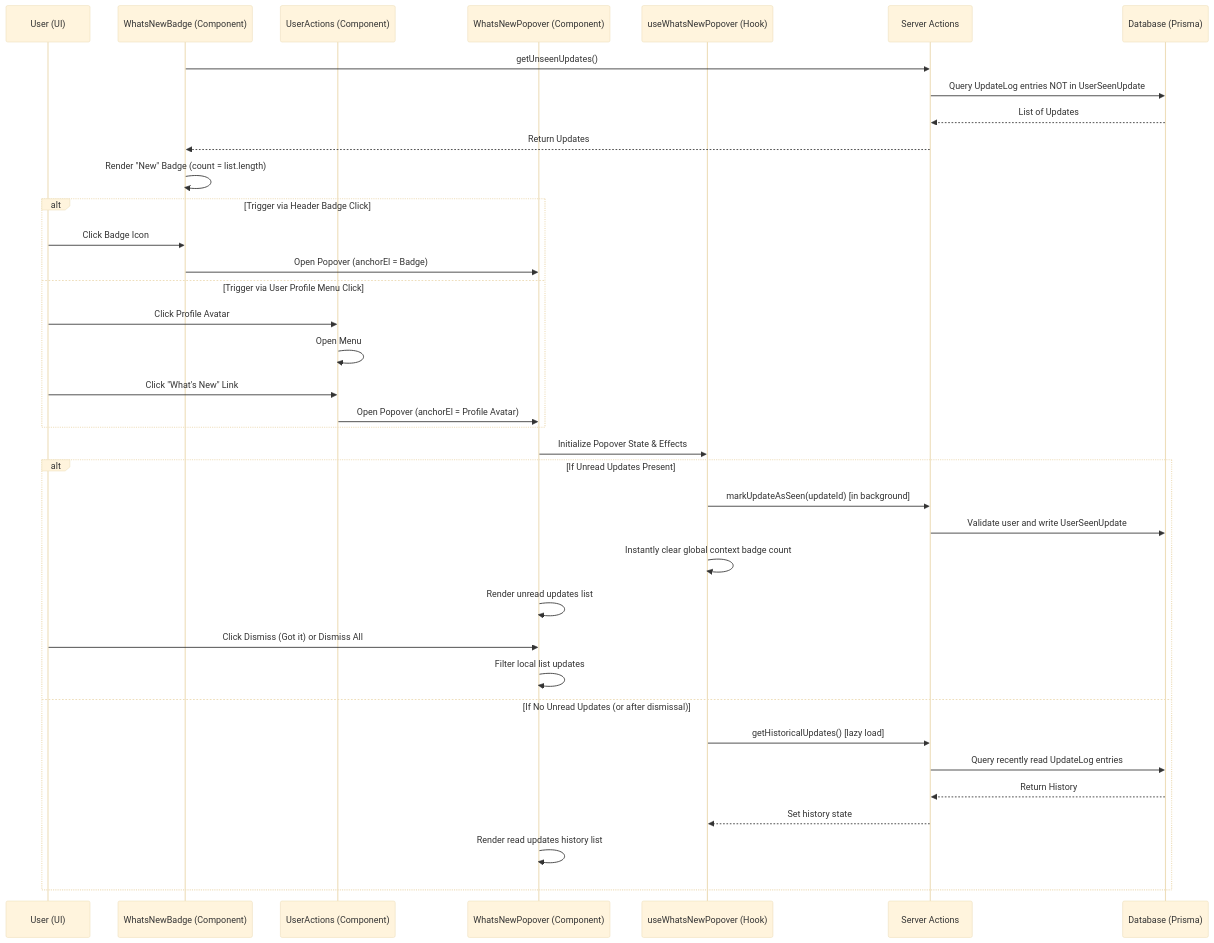
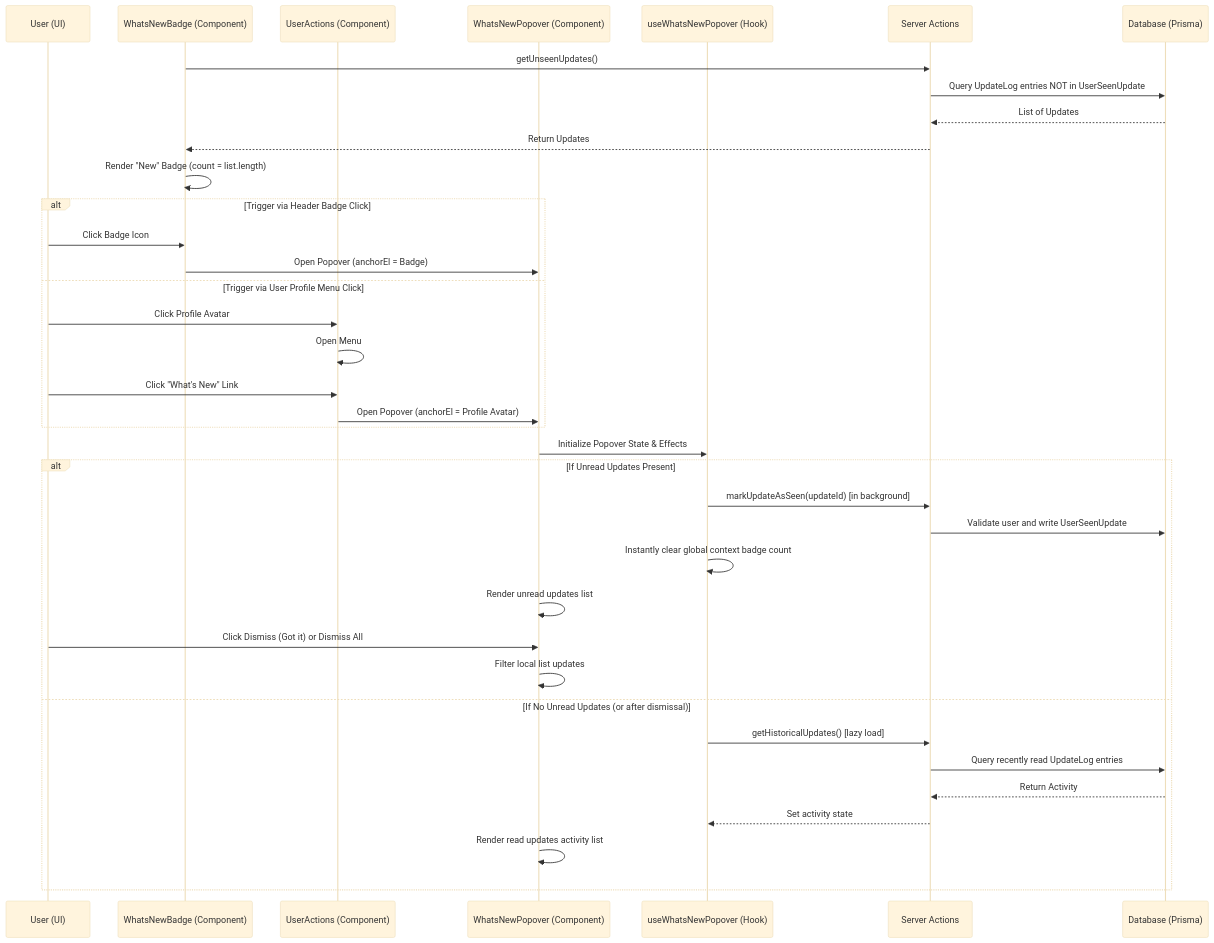
Before and after one commit to thoufeeque22/directly.social: the eighth of 9 diagrams in docs/ARCHITECTURE.md, drawn with Mermaid (base theme). The commit also changed other lines of this file and 174 other files, not shown here.

First line of the commit message:
refactor: rename History domain to Activity Hub (#568)

````diff
--- a/docs/ARCHITECTURE.md
+++ b/docs/ARCHITECTURE.md
@@ -349,43 +349,43 @@
 ```mermaid
 sequenceDiagram
     participant U as User (UI)
     participant B as WhatsNewBadge (Component)
     participant UA as UserActions (Component)
     participant P as WhatsNewPopover (Component)
     participant H as useWhatsNewPopover (Hook)
     participant A as Server Actions
     participant DB as Database (Prisma)
 
     B->>A: getUnseenUpdates()
     A->>DB: Query UpdateLog entries NOT in UserSeenUpdate
     DB-->>A: List of Updates
     A-->>B: Return Updates
     B->>B: Render "New" Badge (count = list.length)
 
     alt Trigger via Header Badge Click
         U->>B: Click Badge Icon
         B->>P: Open Popover (anchorEl = Badge)
     else Trigger via User Profile Menu Click
         U->>UA: Click Profile Avatar
         UA->>UA: Open Menu
         U->>UA: Click "What's New" Link
         UA->>P: Open Popover (anchorEl = Profile Avatar)
     end
 
     P->>H: Initialize Popover State & Effects
     
     alt If Unread Updates Present
         H->>A: markUpdateAsSeen(updateId) [in background]
         A->>DB: Validate user and write UserSeenUpdate
         H->>H: Instantly clear global context badge count
         P->>P: Render unread updates list
         U->>P: Click Dismiss (Got it) or Dismiss All
         P->>P: Filter local list updates
     else If No Unread Updates (or after dismissal)
         H->>A: getHistoricalUpdates() [lazy load]
         A->>DB: Query recently read UpdateLog entries
-        DB-->>A: Return History
-        A-->>H: Set history state
-        P->>P: Render read updates history list
+        DB-->>A: Return Activity
+        A-->>H: Set activity state
+        P->>P: Render read updates activity list
     end
 ```
````
